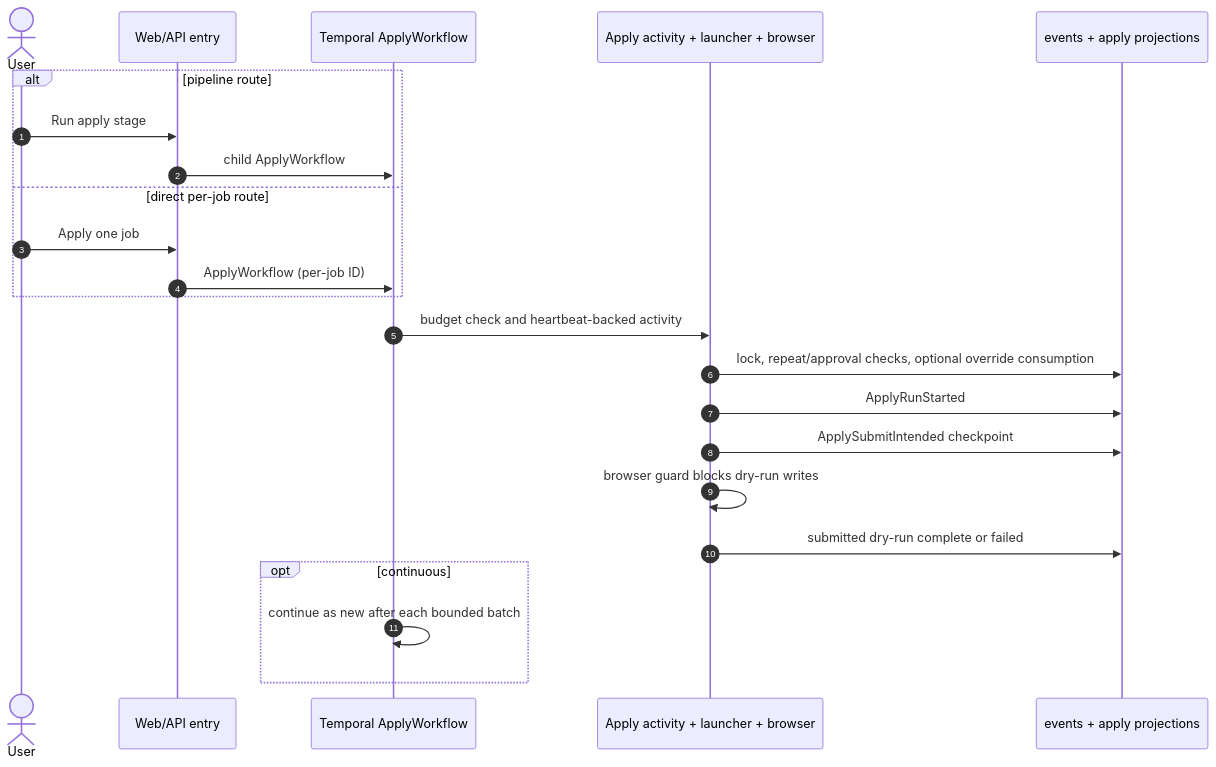
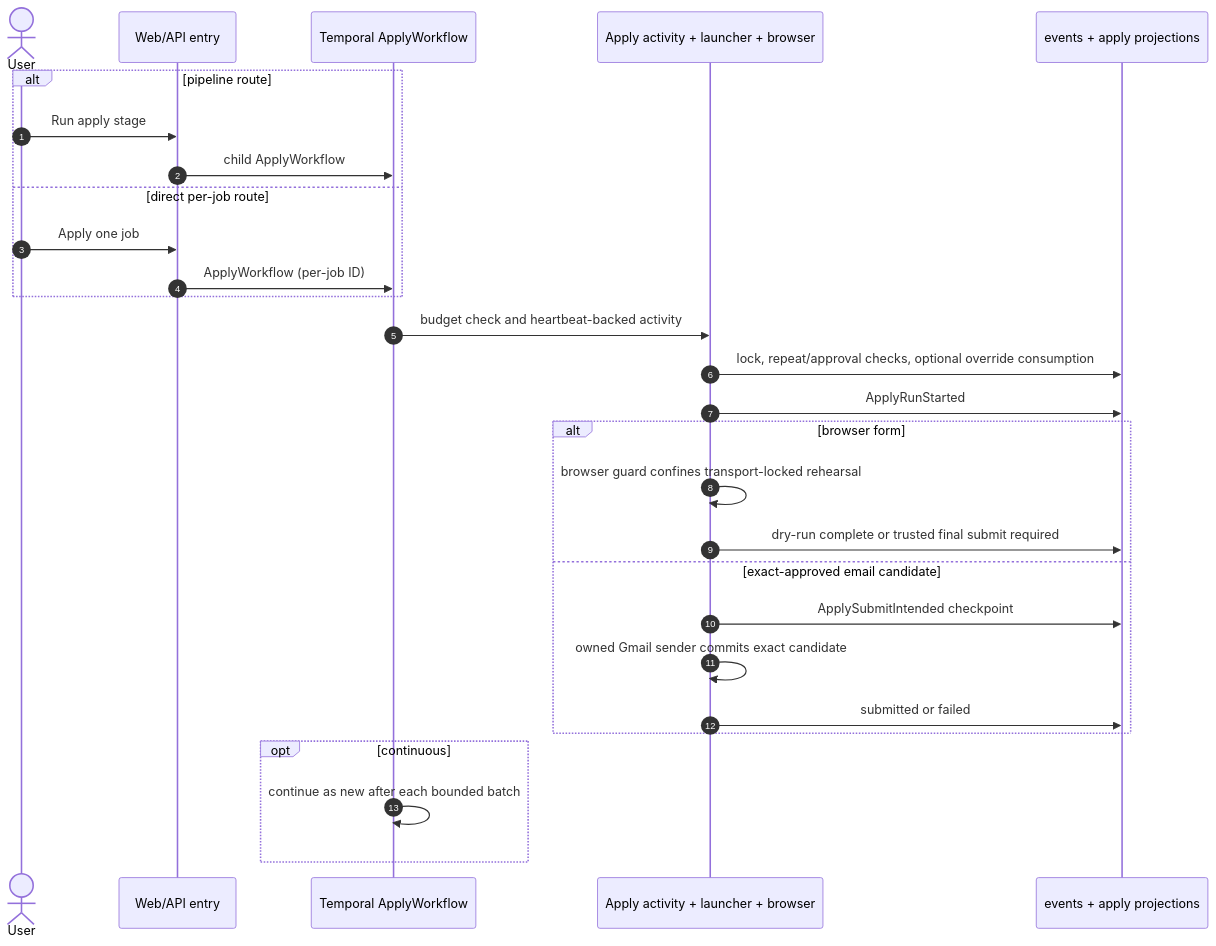
The sixth of 7 diagrams in docs/architecture/pipeline/stages.md (ebarti/JobCtrl), drawn with Mermaid before and after one commit. The commit also changed other lines of this file and 27 other files, not shown here.

First line of the commit message:
fix(apply): require trusted final submit (#516)

````diff
--- a/docs/architecture/pipeline/stages.md
+++ b/docs/architecture/pipeline/stages.md
@@ -365,26 +367,31 @@
 ```mermaid
 sequenceDiagram
     autonumber
     actor User
     participant Entry as Web/API entry
     participant Flow as Temporal ApplyWorkflow
     participant Runner as Apply activity + launcher + browser
     participant Store as events + apply projections
 
     alt pipeline route
         User->>Entry: Run apply stage
         Entry->>Flow: child ApplyWorkflow
     else direct per-job route
         User->>Entry: Apply one job
         Entry->>Flow: ApplyWorkflow (per-job ID)
     end
     Flow->>Runner: budget check and heartbeat-backed activity
     Runner->>Store: lock, repeat/approval checks, optional override consumption
     Runner->>Store: ApplyRunStarted
-    Runner->>Store: ApplySubmitIntended checkpoint
-    Runner->>Runner: browser guard blocks dry-run writes
-    Runner->>Store: submitted dry-run complete or failed
+    alt browser form
+        Runner->>Runner: browser guard confines transport-locked rehearsal
+        Runner->>Store: dry-run complete or trusted final submit required
+    else exact-approved email candidate
+        Runner->>Store: ApplySubmitIntended checkpoint
+        Runner->>Runner: owned Gmail sender commits exact candidate
+        Runner->>Store: submitted or failed
+    end
     opt continuous
         Flow->>Flow: continue as new after each bounded batch
     end
 ```
````
